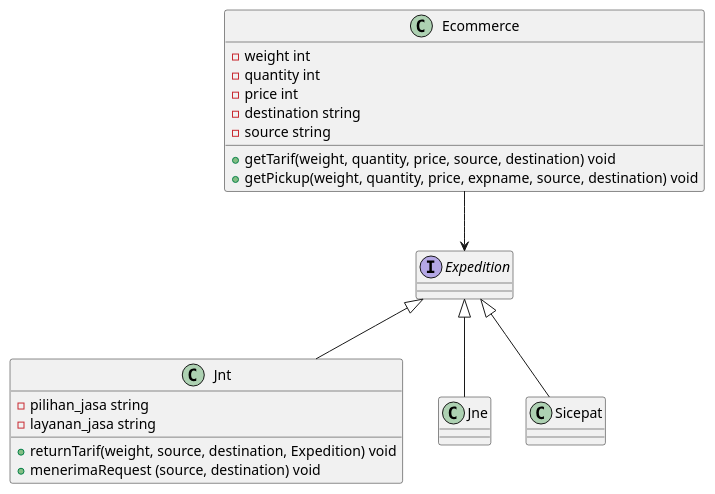
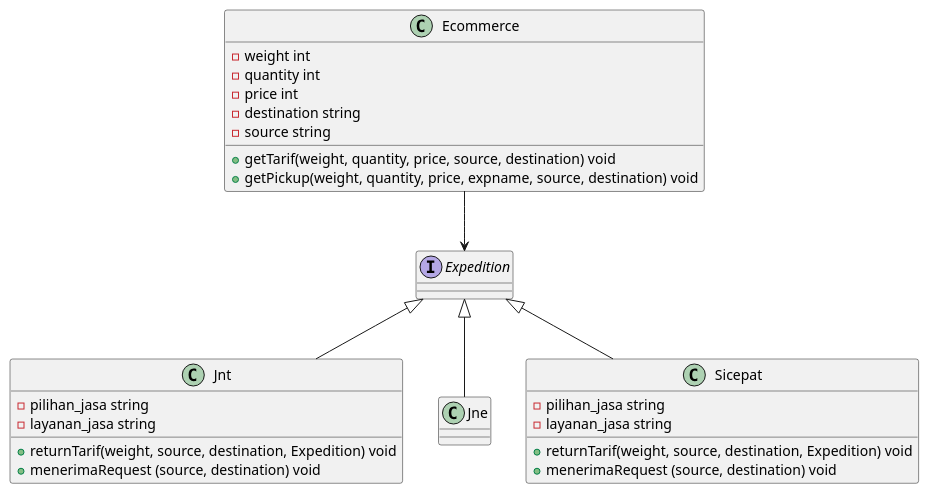
The diagram in Kelompok 3/main.puml (farhanzakiputra/pbpu-a-2022), drawn with PlantUML before and after one commit.

```diff
--- a/Kelompok 3/main.puml
+++ b/Kelompok 3/main.puml
@@ -1,39 +1,42 @@
 @startuml Main
 
 Ecommerce --> Expedition
 Expedition <|-- Jnt
 Expedition <|-- Jne
 Expedition <|-- Sicepat
 class Ecommerce {
     - weight int
     - quantity int
     - price int
     - destination string
     - source string
     + getTarif(weight, quantity, price, source, destination) void
     + getPickup(weight, quantity, price, expname, source, destination) void
 }
 
 interface Expedition {
 /' #TODO: Populate '/
 }
 
 class Jne {
 /' #TODO: Populate '/
 }
 
 class Jnt {
     - pilihan_jasa string
     - layanan_jasa string
     + returnTarif(weight, source, destination, Expedition) void
     + menerimaRequest (source, destination) void
 }
 
 class Sicepat {
-/' #TODO: Populate '/
+    - pilihan_jasa string
+    - layanan_jasa string
+    + returnTarif(weight, source, destination, Expedition) void
+    + menerimaRequest (source, destination) void
 }
 
-/' TODO: Add diagram link '/
+
 
 
 @enduml
```
